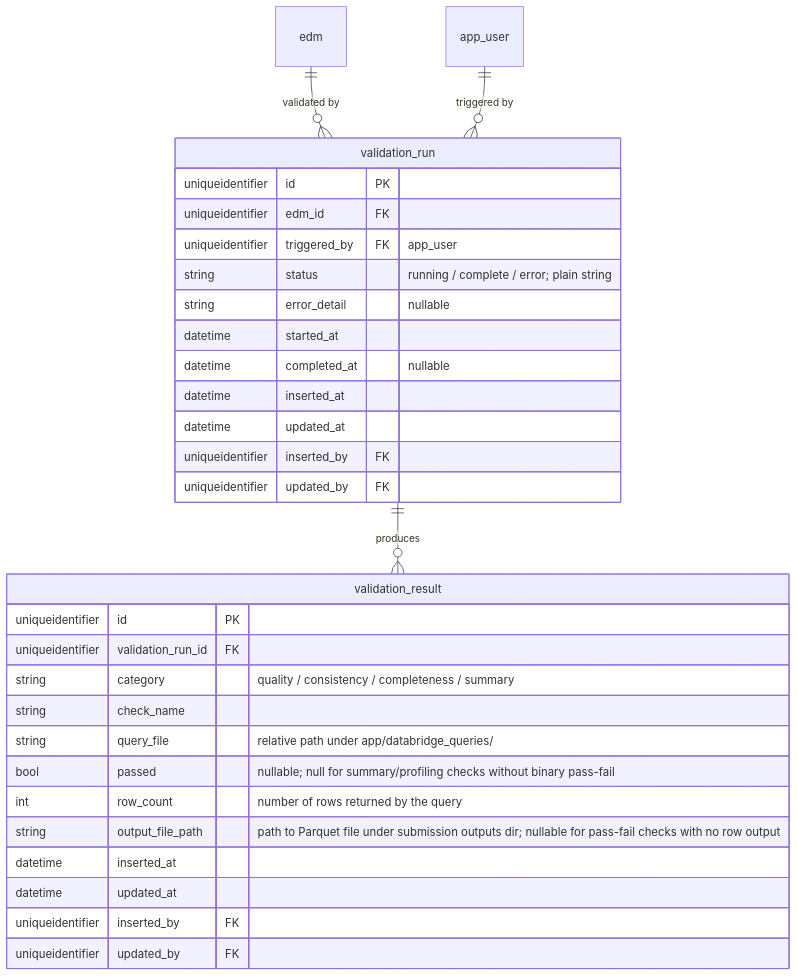
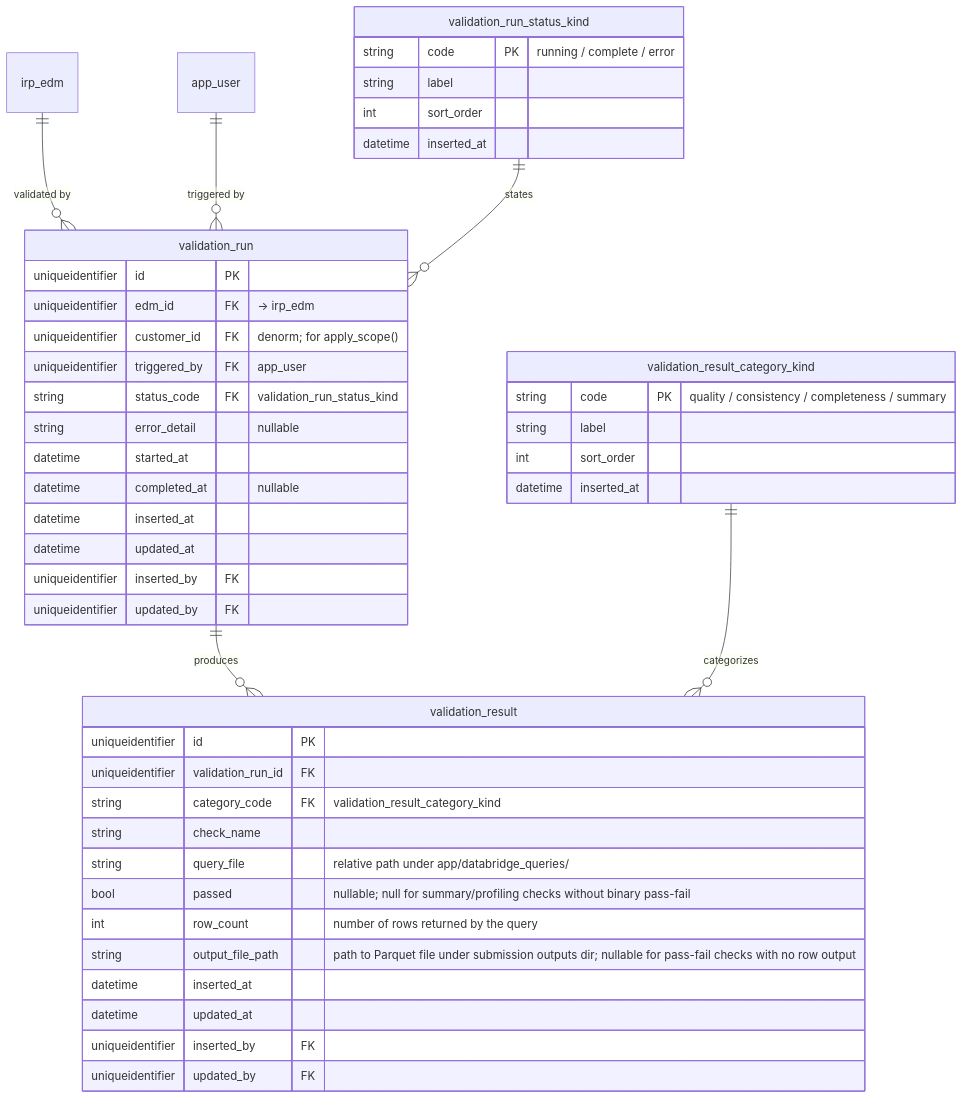
One commit to anilvenugopal/risk-workbench changed the eighth of 11 diagrams in docs/DATA_MODEL.md. Above: the diagram before and after it, drawn with Mermaid. The commit also changed other lines of this file and 2 other files, not shown here.

Commit message:
Apply CR_02 to DATA_MODEL.md and PRD.md

````diff
--- a/docs/DATA_MODEL.md
+++ b/docs/DATA_MODEL.md
@@ -466,34 +571,49 @@
 ```mermaid
 erDiagram
-  edm ||--o{ validation_run : "validated by"
+  irp_edm ||--o{ validation_run : "validated by"
   app_user ||--o{ validation_run : "triggered by"
   validation_run ||--o{ validation_result : produces
+  validation_run_status_kind ||--o{ validation_run : states
+  validation_result_category_kind ||--o{ validation_result : categorizes
 
   validation_run {
     uniqueidentifier id PK
-    uniqueidentifier edm_id FK
+    uniqueidentifier edm_id FK "→ irp_edm"
+    uniqueidentifier customer_id FK "denorm; for apply_scope()"
     uniqueidentifier triggered_by FK "app_user"
-    string status "running / complete / error; plain string"
+    string status_code FK "validation_run_status_kind"
     string error_detail "nullable"
     datetime started_at
     datetime completed_at "nullable"
     datetime inserted_at
     datetime updated_at
     uniqueidentifier inserted_by FK
     uniqueidentifier updated_by FK
   }
   validation_result {
     uniqueidentifier id PK
     uniqueidentifier validation_run_id FK
-    string category "quality / consistency / completeness / summary"
+    string category_code FK "validation_result_category_kind"
     string check_name
     string query_file "relative path under app/databridge_queries/"
     bool passed "nullable; null for summary/profiling checks without binary pass-fail"
     int row_count "number of rows returned by the query"
     string output_file_path "path to Parquet file under submission outputs dir; nullable for pass-fail checks with no row output"
     datetime inserted_at
     datetime updated_at
     uniqueidentifier inserted_by FK
     uniqueidentifier updated_by FK
   }
+  validation_run_status_kind {
+    string code PK "running / complete / error"
+    string label
+    int sort_order
+    datetime inserted_at
+  }
+  validation_result_category_kind {
+    string code PK "quality / consistency / completeness / summary"
+    string label
+    int sort_order
+    datetime inserted_at
+  }
 ```
````
